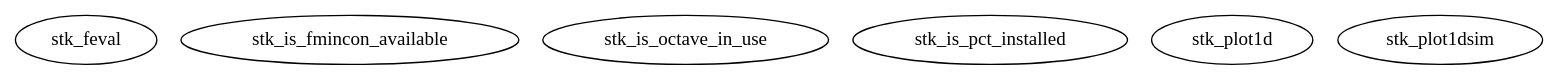
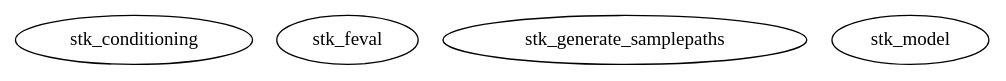
One commit to stk-kriging/stk changed the diagram in htmldoc/utils/graph.dot. Above: the diagram before and after it, drawn with Graphviz. The commit also changed 45 other files, not shown here.

```diff
--- a/htmldoc/utils/graph.dot
+++ b/htmldoc/utils/graph.dot
@@ -1,10 +1,8 @@
 /* Created by mdot for Matlab */
 digraph m2html {
 
+  stk_conditioning [URL="stk_conditioning.html"];
   stk_feval [URL="stk_feval.html"];
-  stk_is_fmincon_available [URL="stk_is_fmincon_available.html"];
-  stk_is_octave_in_use [URL="stk_is_octave_in_use.html"];
-  stk_is_pct_installed [URL="stk_is_pct_installed.html"];
-  stk_plot1d [URL="stk_plot1d.html"];
-  stk_plot1dsim [URL="stk_plot1dsim.html"];
+  stk_generate_samplepaths [URL="stk_generate_samplepaths.html"];
+  stk_model [URL="stk_model.html"];
 }
```
